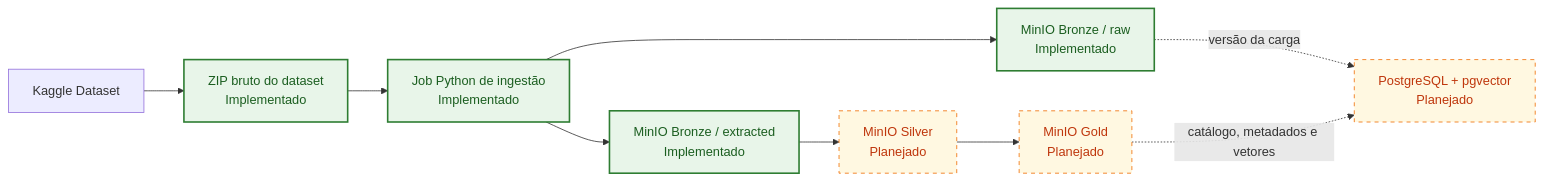
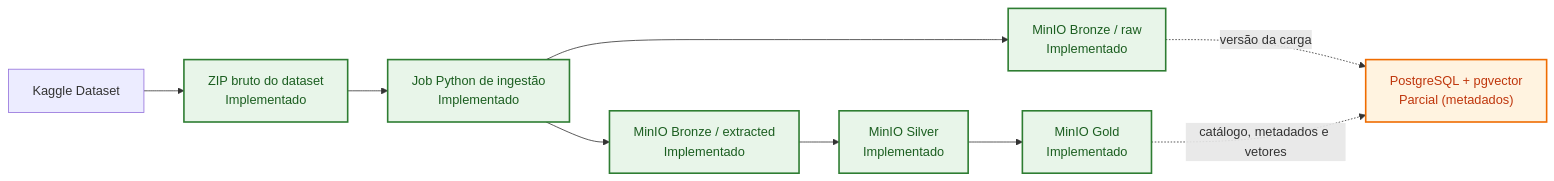
One commit to pedroandrade03/rag-intelligence changed the second of 4 diagrams in README.md. Above: the diagram before and after it, drawn with Mermaid. The commit also changed other lines of this file, not shown here.

````diff
--- a/README.md
+++ b/README.md
@@ -110,23 +104,24 @@
 ```mermaid
 flowchart LR
     kaggle["Kaggle Dataset"]
     zip["ZIP bruto do dataset<br/>Implementado"]
     importer["Job Python de ingestão<br/>Implementado"]
     bronzeRaw["MinIO Bronze / raw<br/>Implementado"]
     bronzeExtracted["MinIO Bronze / extracted<br/>Implementado"]
-    silver["MinIO Silver<br/>Planejado"]
-    gold["MinIO Gold<br/>Planejado"]
-    pg["PostgreSQL + pgvector<br/>Planejado"]
+    silver["MinIO Silver<br/>Implementado"]
+    gold["MinIO Gold<br/>Implementado"]
+    pg["PostgreSQL + pgvector<br/>Parcial (metadados)"]
 
     kaggle --> zip --> importer
     importer --> bronzeRaw
     importer --> bronzeExtracted
     bronzeExtracted --> silver --> gold
     bronzeRaw -. versão da carga .-> pg
     gold -. catálogo, metadados e vetores .-> pg
 
     classDef implemented fill:#e8f5e9,stroke:#2e7d32,color:#1b5e20,stroke-width:2px;
+    classDef partial fill:#fff3e0,stroke:#ef6c00,color:#bf360c,stroke-width:2px;
     classDef planned fill:#fff8e1,stroke:#ef6c00,color:#bf360c,stroke-dasharray: 5 5;
-    class zip,importer,bronzeRaw,bronzeExtracted implemented;
-    class silver,gold,pg planned;
+    class zip,importer,bronzeRaw,bronzeExtracted,silver,gold implemented;
+    class pg partial;
 ```
````
